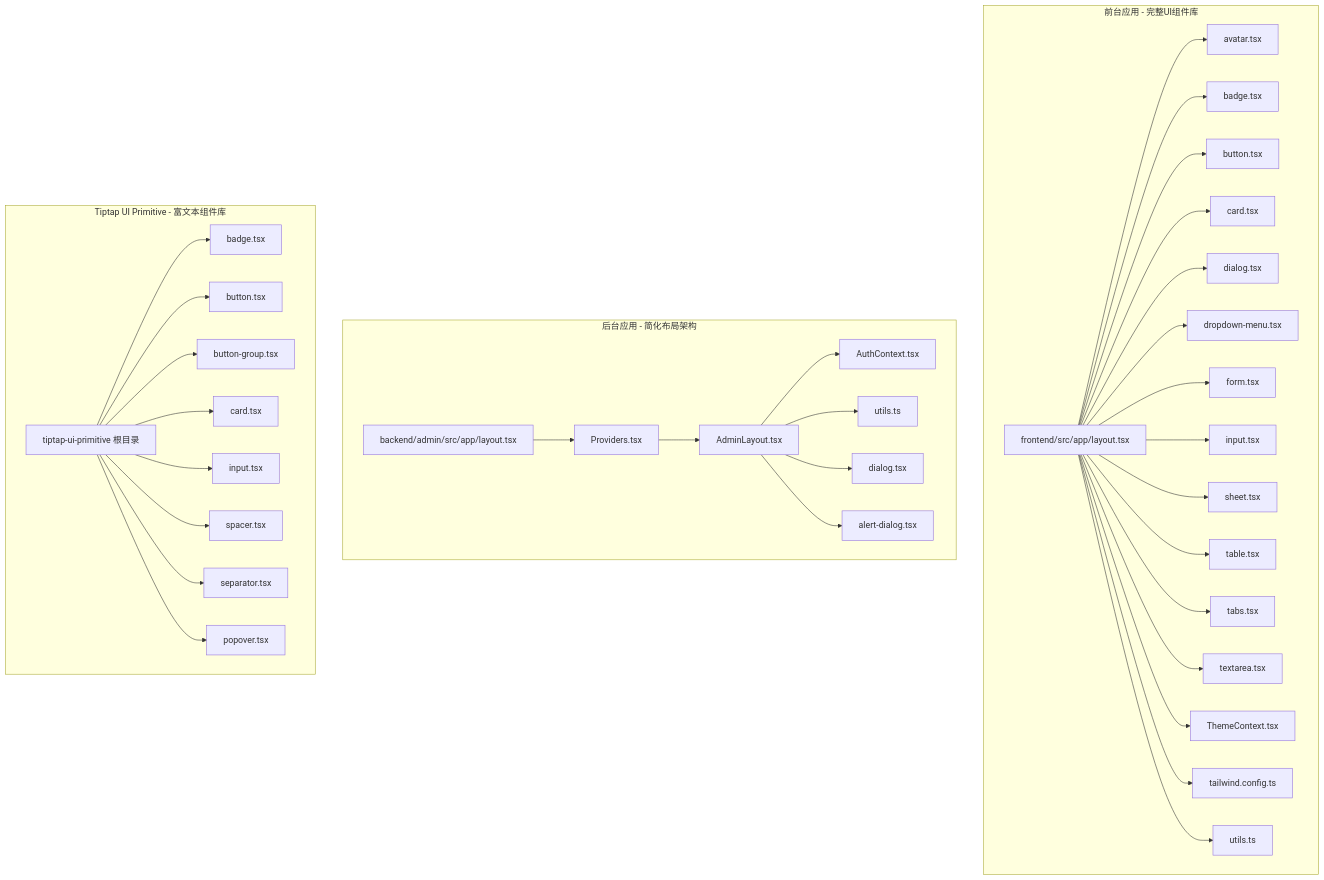
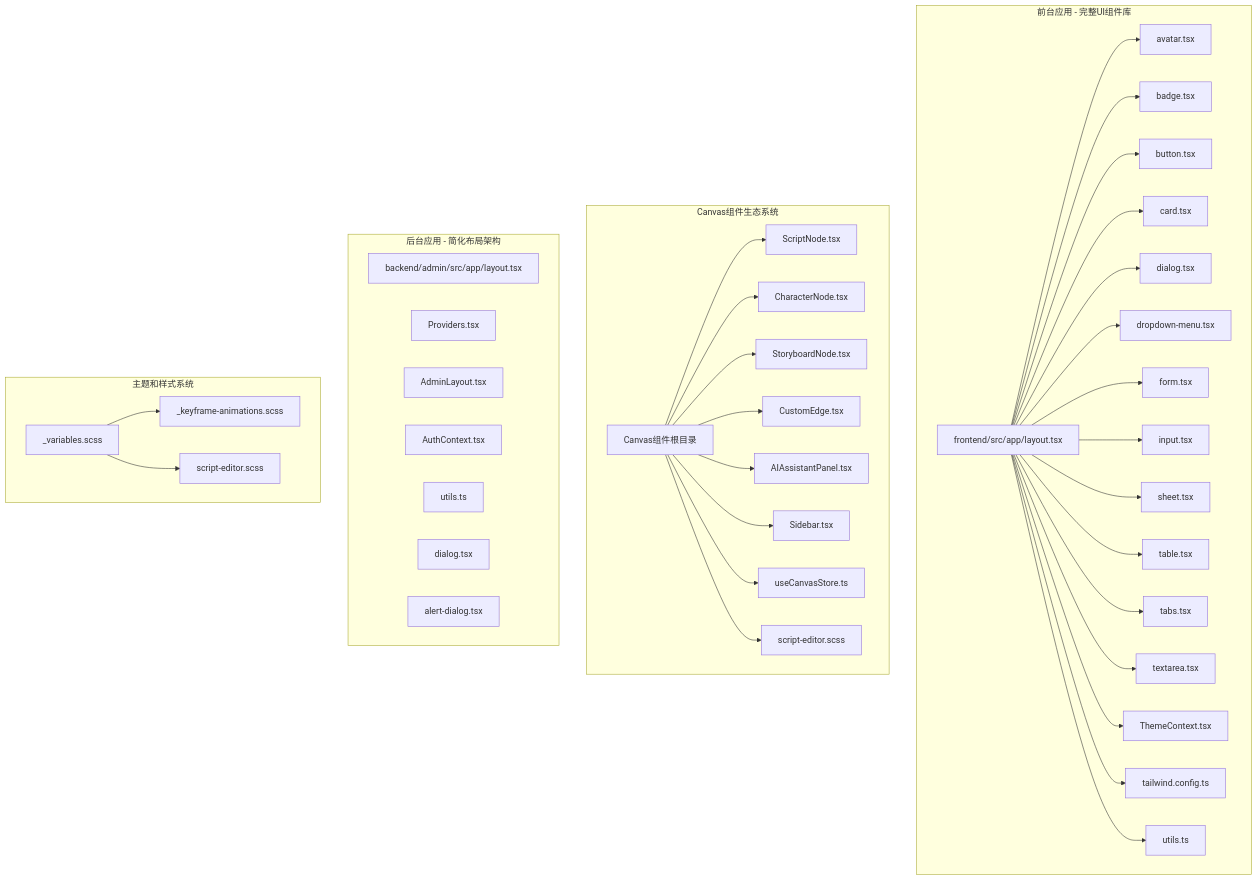
The first of 5 diagrams in .qoder/repowiki/zh/content/前端开发指南/UI 组件设计.md (KunLabAI/KunFlix), drawn with Mermaid before and after one commit. The commit also changed other lines of this file and 24 other files, not shown here.

````diff
--- a/.qoder/repowiki/zh/content/前端开发指南/UI 组件设计.md
+++ b/.qoder/repowiki/zh/content/前端开发指南/UI 组件设计.md
@@ -72,70 +86,71 @@
 ```mermaid
 graph TB
 subgraph "前台应用 - 完整UI组件库"
 FRoot["frontend/src/app/layout.tsx"]
 FAvatar["avatar.tsx"]
 FBadge["badge.tsx"]
 FButton["button.tsx"]
 FCard["card.tsx"]
 FDialog["dialog.tsx"]
 FDropdown["dropdown-menu.tsx"]
 FForm["form.tsx"]
 FInput["input.tsx"]
 FSheet["sheet.tsx"]
 FTable["table.tsx"]
 FTabs["tabs.tsx"]
 FTextarea["textarea.tsx"]
 FTheme["ThemeContext.tsx"]
 FTailwind["tailwind.config.ts"]
 FUtils["utils.ts"]
 end
+subgraph "Canvas组件生态系统"
+CRoot["Canvas组件根目录"]
+CScriptNode["ScriptNode.tsx"]
+CCharacterNode["CharacterNode.tsx"]
+CStoryboardNode["StoryboardNode.tsx"]
+CEdge["CustomEdge.tsx"]
+CAI["AIAssistantPanel.tsx"]
+CSidebar["Sidebar.tsx"]
+CStore["useCanvasStore.ts"]
+CStyles["script-editor.scss"]
+end
 subgraph "后台应用 - 简化布局架构"
 ARoot["backend/admin/src/app/layout.tsx"]
 AProviders["Providers.tsx"]
 AAL["AdminLayout.tsx"]
 AAuth["AuthContext.tsx"]
 AUtil["utils.ts"]
 ADialog["dialog.tsx"]
 AAlert["alert-dialog.tsx"]
 end
-subgraph "Tiptap UI Primitive - 富文本组件库"
-TRoot["tiptap-ui-primitive 根目录"]
-TBadge["badge.tsx"]
-TButton["button.tsx"]
-TButtonGroup["button-group.tsx"]
-TCard["card.tsx"]
-TInput["input.tsx"]
-TSpacer["spacer.tsx"]
-TSeparator["separator.tsx"]
-TPopover["popover.tsx"]
+subgraph "主题和样式系统"
+TVars["_variables.scss"]
+TAnims["_keyframe-animations.scss"]
+TStyles["script-editor.scss"]
 end
 FRoot --> FAvatar
 FRoot --> FBadge
 FRoot --> FButton
 FRoot --> FCard
 FRoot --> FDialog
 FRoot --> FDropdown
 FRoot --> FForm
 FRoot --> FInput
 FRoot --> FSheet
 FRoot --> FTable
 FRoot --> FTabs
 FRoot --> FTextarea
 FRoot --> FTheme
 FRoot --> FTailwind
 FRoot --> FUtils
-ARoot --> AProviders
-AProviders --> AAL
-AAL --> AAuth
-AAL --> AUtil
-AAL --> ADialog
-AAL --> AAlert
-TRoot --> TBadge
-TRoot --> TButton
-TRoot --> TButtonGroup
-TRoot --> TCard
-TRoot --> TInput
-TRoot --> TSpacer
-TRoot --> TSeparator
-TRoot --> TPopover
+CRoot --> CScriptNode
+CRoot --> CCharacterNode
+CRoot --> CStoryboardNode
+CRoot --> CEdge
+CRoot --> CAI
+CRoot --> CSidebar
+CRoot --> CStore
+CRoot --> CStyles
+TVars --> TAnims
+TVars --> TStyles
 ```
````
